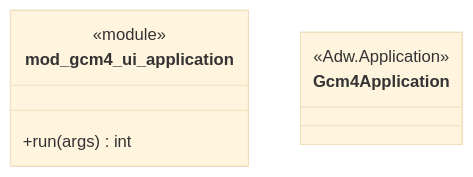
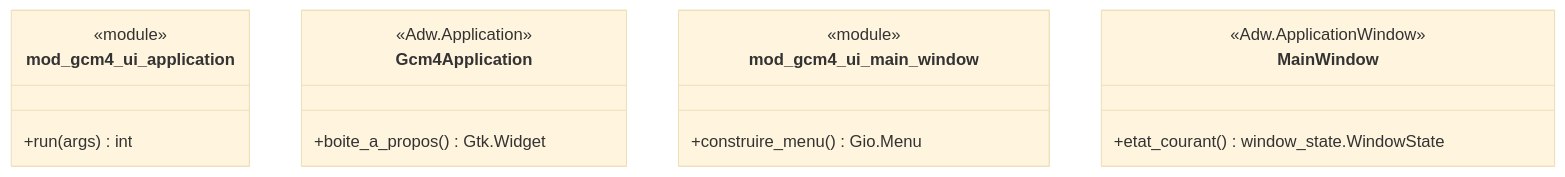
The seventh of 7 diagrams in docs/class-diagram.md (Mathide-Team/Gcm4), drawn with Mermaid (base theme) before and after one commit. The commit also changed other lines of this file and 41 other files, not shown here.

Commit message:
feat(#134): fenêtre principale GTK4, menu, actions, À propos, état de fenêtre dans gcm.conf, tests Xvfb

````diff
--- a/docs/class-diagram.md
+++ b/docs/class-diagram.md
@@ -1276,10 +1313,19 @@
 ```mermaid
 classDiagram
     class mod_gcm4_ui_application {
         <<module>>
         +run(args) int
     }
     class Gcm4Application {
         <<Adw.Application>>
+        +boite_a_propos() Gtk.Widget
+    }
+    class mod_gcm4_ui_main_window {
+        <<module>>
+        +construire_menu() Gio.Menu
+    }
+    class MainWindow {
+        <<Adw.ApplicationWindow>>
+        +etat_courant() window_state.WindowState
     }
 ```
````
